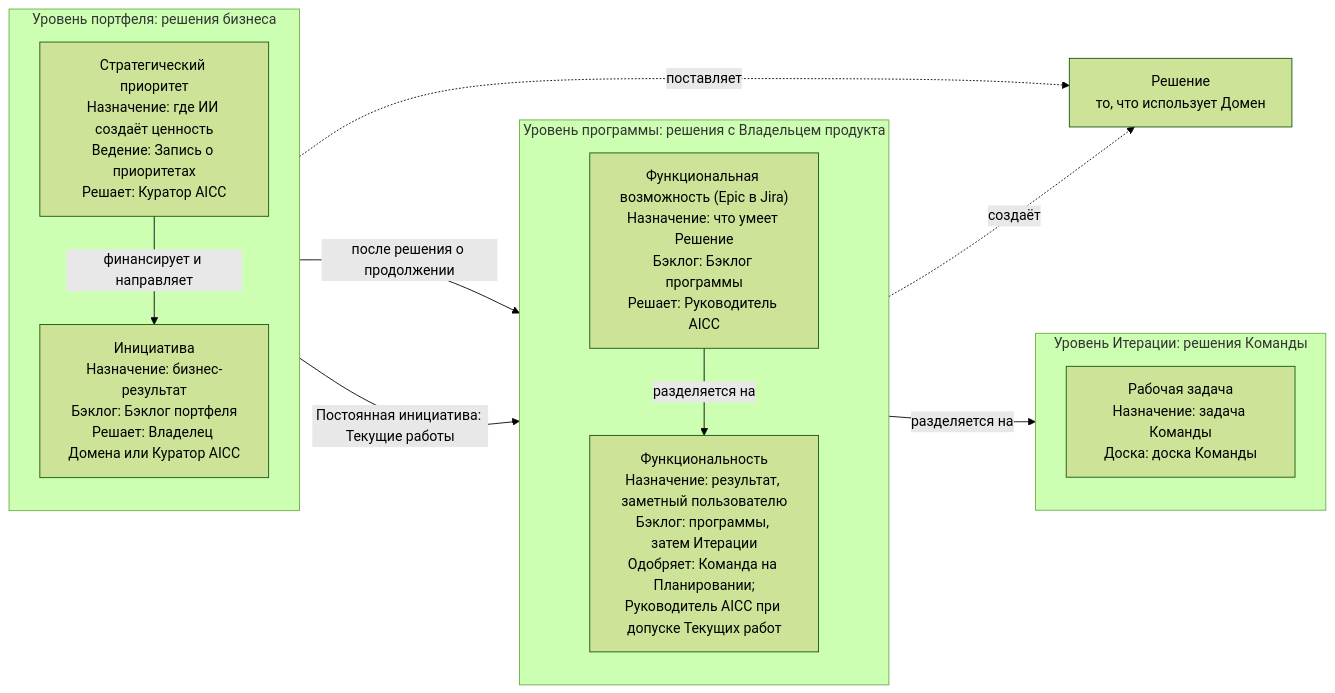
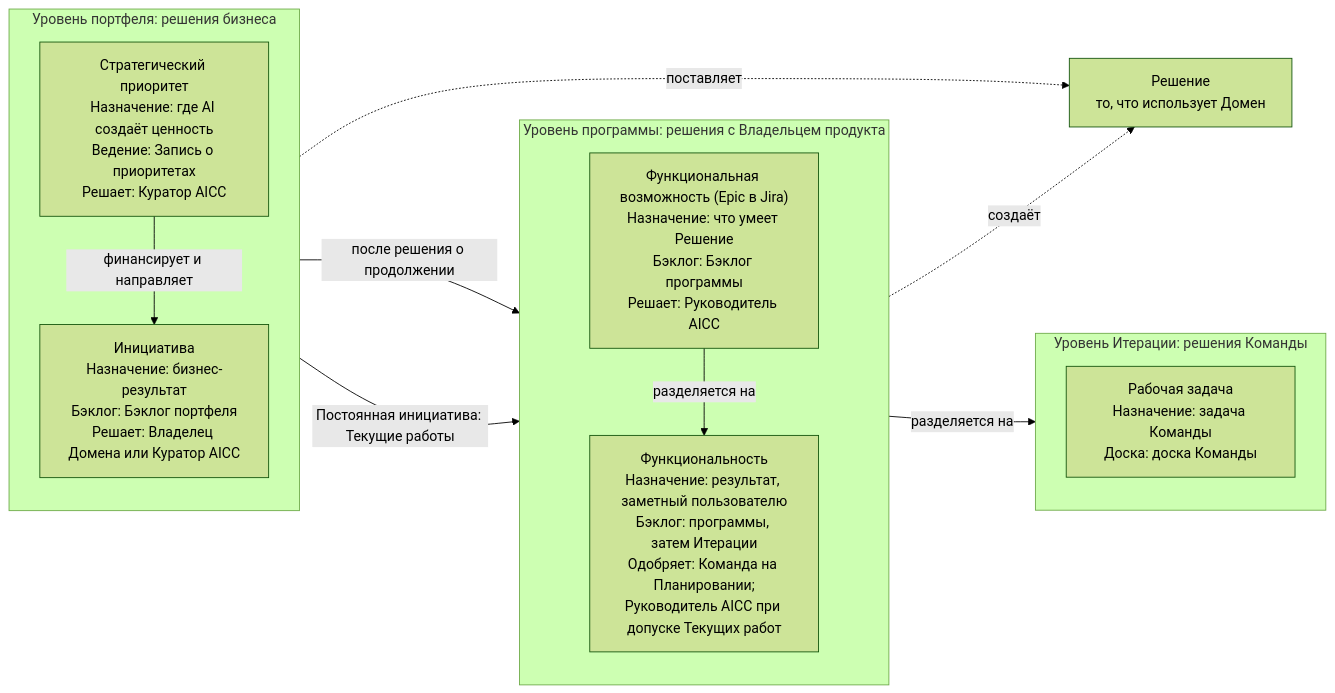
The first of 13 diagrams in charter/ru/documents/solution-lifecycle-model.md (devhogu/ob-aicc), drawn with Mermaid (forest theme) before and after one commit. The commit also changed other lines of this file and 768 other files, not shown here.

````diff
--- a/charter/ru/documents/solution-lifecycle-model.md
+++ b/charter/ru/documents/solution-lifecycle-model.md
@@ -63,24 +63,24 @@
 ```mermaid
 flowchart LR
   subgraph PORT["Уровень портфеля: решения бизнеса"]
     direction TB
-    SP["Стратегический приоритет<br/>Назначение: где ИИ создаёт ценность<br/>Ведение: Запись о приоритетах<br/>Решает: Куратор AICC"]
+    SP["Стратегический приоритет<br/>Назначение: где AI создаёт ценность<br/>Ведение: Запись о приоритетах<br/>Решает: Куратор AICC"]
     INI["Инициатива<br/>Назначение: бизнес-результат<br/>Бэклог: Бэклог портфеля<br/>Решает: Владелец Домена или Куратор AICC"]
     SP -->|финансирует и направляет| INI
   end
   subgraph PROG["Уровень программы: решения с Владельцем продукта"]
     direction TB
     CAP["Функциональная возможность (Epic в Jira)<br/>Назначение: что умеет Решение<br/>Бэклог: Бэклог программы<br/>Решает: Руководитель AICC"]
     FT["Функциональность<br/>Назначение: результат, заметный пользователю<br/>Бэклог: программы, затем Итерации<br/>Одобряет: Команда на Планировании;<br/>Руководитель AICC при допуске Текущих работ"]
     CAP -->|разделяется на| FT
   end
   subgraph ITER["Уровень Итерации: решения Команды"]
     direction TB
     WI["Рабочая задача<br/>Назначение: задача Команды<br/>Доска: доска Команды"]
   end
   INI -->|после решения о продолжении| CAP
   INI -->|Постоянная инициатива: Текущие работы| FT
   FT -->|разделяется на| WI
   INI -.->|поставляет| SOL["Решение<br/>то, что использует Домен"]
   CAP -.->|создаёт| SOL
 ```
````
